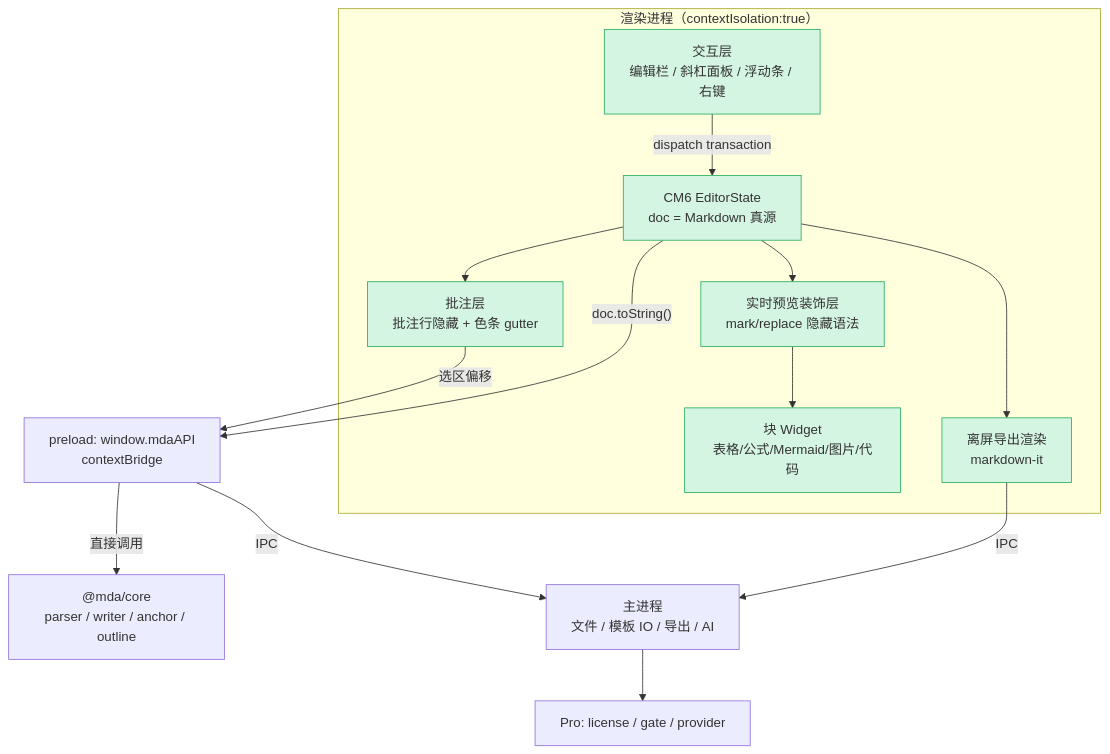
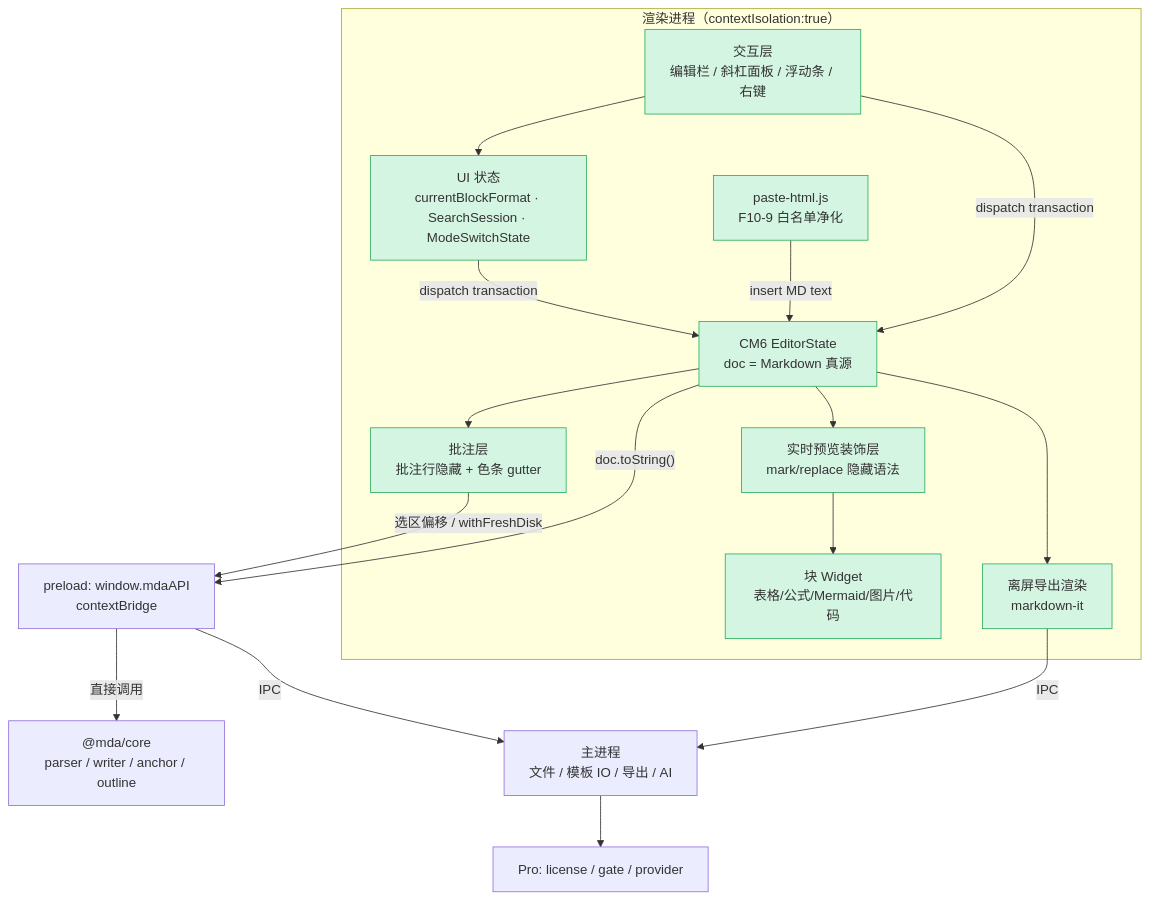
One commit to ShuiYunYueKeeper/mda-l2 changed the diagram in docs/P1-architecture-v3-wysiwyg.md. Above: the diagram before and after it, drawn with Mermaid. The commit also changed other lines of this file and 79 other files, not shown here.

First line of the commit message:
feat(gui): M8 CM6 预览编辑面 — 文本装饰、图片与 Mermaid widget

````diff
--- a/docs/P1-architecture-v3-wysiwyg.md
+++ b/docs/P1-architecture-v3-wysiwyg.md
@@ -140,27 +174,32 @@
 ```mermaid
 flowchart TD
   subgraph renderer["渲染进程（contextIsolation:true）"]
     doc["CM6 EditorState<br/>doc = Markdown 真源"]:::new
     deco["实时预览装饰层<br/>mark/replace 隐藏语法"]:::new
     widget["块 Widget<br/>表格/公式/Mermaid/图片/代码"]:::new
     ui["交互层<br/>编辑栏 / 斜杠面板 / 浮动条 / 右键"]:::new
+    uistate["UI 状态<br/>currentBlockFormat · SearchSession · ModeSwitchState"]:::new
+    paste["paste-html.js<br/>F10-9 白名单净化"]:::new
     anno["批注层<br/>批注行隐藏 + 色条 gutter"]:::new
     offscreen["离屏导出渲染<br/>markdown-it"]:::new
   end
   bridge["preload: window.mdaAPI<br/>contextBridge"]
   core["@mda/core<br/>parser / writer / anchor / outline"]
   main["主进程<br/>文件 / 模板 IO / 导出 / AI"]
   pro["Pro: license / gate / provider"]
 
   doc --> deco --> widget
+  ui --> uistate
+  uistate -- dispatch transaction --> doc
+  paste -- insert MD text --> doc
   ui -- dispatch transaction --> doc
   doc --> anno
-  anno -- 选区偏移 --> bridge
+  anno -- 选区偏移 / withFreshDisk --> bridge
   doc -- doc.toString() --> bridge
   bridge -- 直接调用 --> core
   bridge -- IPC --> main
   main --> pro
   doc --> offscreen -- IPC --> main
 
   classDef new fill:#d5f5e3,stroke:#27ae60
 ```
````
